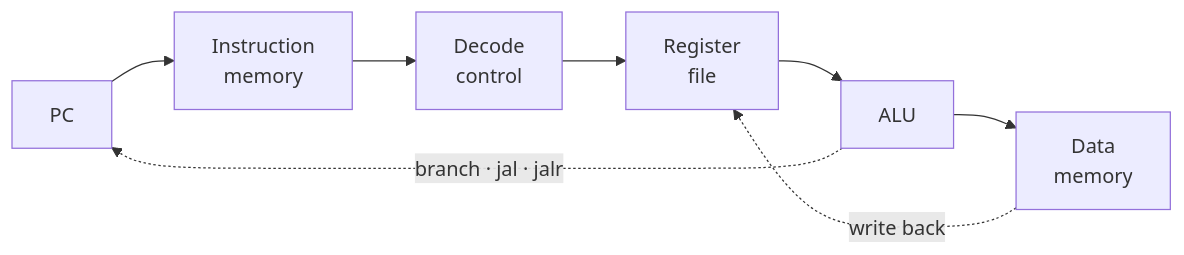
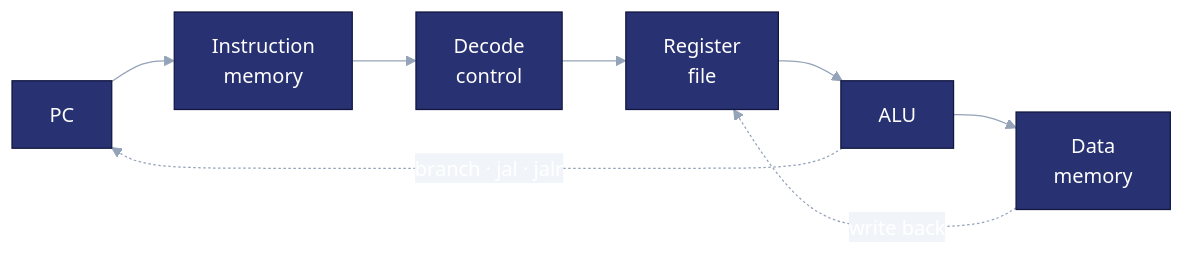
Before and after one commit to devjwk/Project-Part-1-RISC-V-Single-cycle-Processor: the diagram in README.md, drawn with Mermaid. The commit also changed other lines of this file, not shown here.

Commit message:
Add concept banner and color theme to README

````diff
--- a/README.md
+++ b/README.md
@@ -46,6 +42,7 @@
 ```mermaid
+%%{init: {"theme": "base", "themeVariables": {"primaryColor": "#283272", "primaryTextColor": "#ffffff", "primaryBorderColor": "#10163F", "lineColor": "#94A3B8", "secondaryColor": "#283272", "tertiaryColor": "#10163F", "clusterBkg": "#F8FAFC", "clusterBorder": "#94A3B8", "edgeLabelBackground": "#F1F5F9", "fontFamily": "ui-sans-serif, system-ui, sans-serif"}}}%%
 flowchart LR
     PC["PC"] --> IM["Instruction<br/>memory"] --> DEC["Decode<br/>control"] --> RF["Register<br/>file"] --> ALU["ALU"] --> DM["Data<br/>memory"]
     DM -.->|"write back"| RF
     ALU -.->|"branch · jal · jalr"| PC
 ```
````
